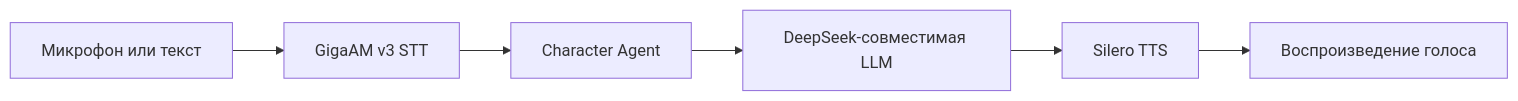
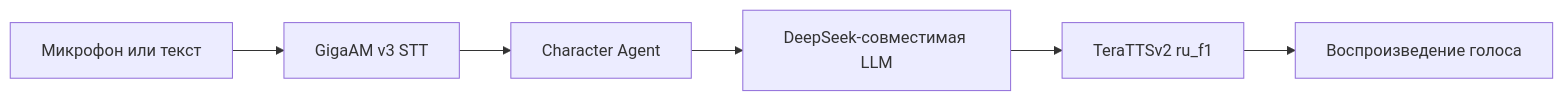
The first of 2 diagrams in README.ru.md (bad1and/NeuroAsist), drawn with Mermaid before and after one commit. The commit also changed other lines of this file and 50 other files, not shown here.

First line of the commit message:
Заменил Silero TTS на TeraTTSv2

````diff
--- a/README.ru.md
+++ b/README.ru.md
@@ -32,8 +32,8 @@
 ```mermaid
 flowchart LR
     A[Микрофон или текст] --> B[GigaAM v3 STT]
     B --> C[Character Agent]
     C --> D[DeepSeek-совместимая LLM]
-    D --> E[Silero TTS]
+    D --> E[TeraTTSv2 ru_f1]
     E --> F[Воспроизведение голоса]
 ```
````
